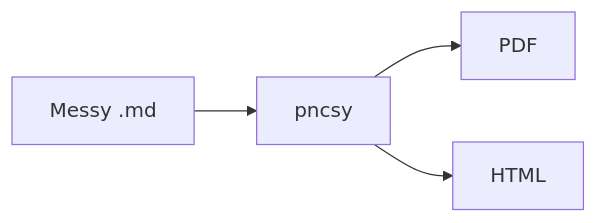
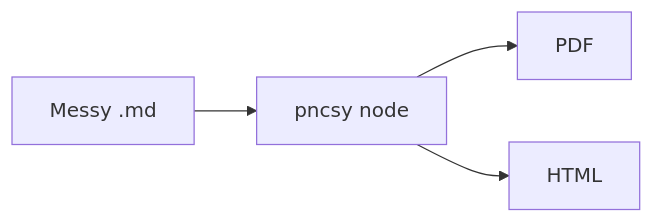
One commit to kushjaggi/pncsy changed the diagram in examples/sample.md. Above: the diagram before and after it, drawn with Mermaid. The commit also changed other lines of this file and 6 other files, not shown here.

````diff
--- a/examples/sample.md
+++ b/examples/sample.md
@@ -21,6 +21,6 @@
 ```mermaid
 flowchart LR
-  A[Messy .md] --> B[pncsy]
+  A[Messy .md] --> B[pncsy node]
   B --> C[PDF]
   B --> D[HTML]
 ```
````
